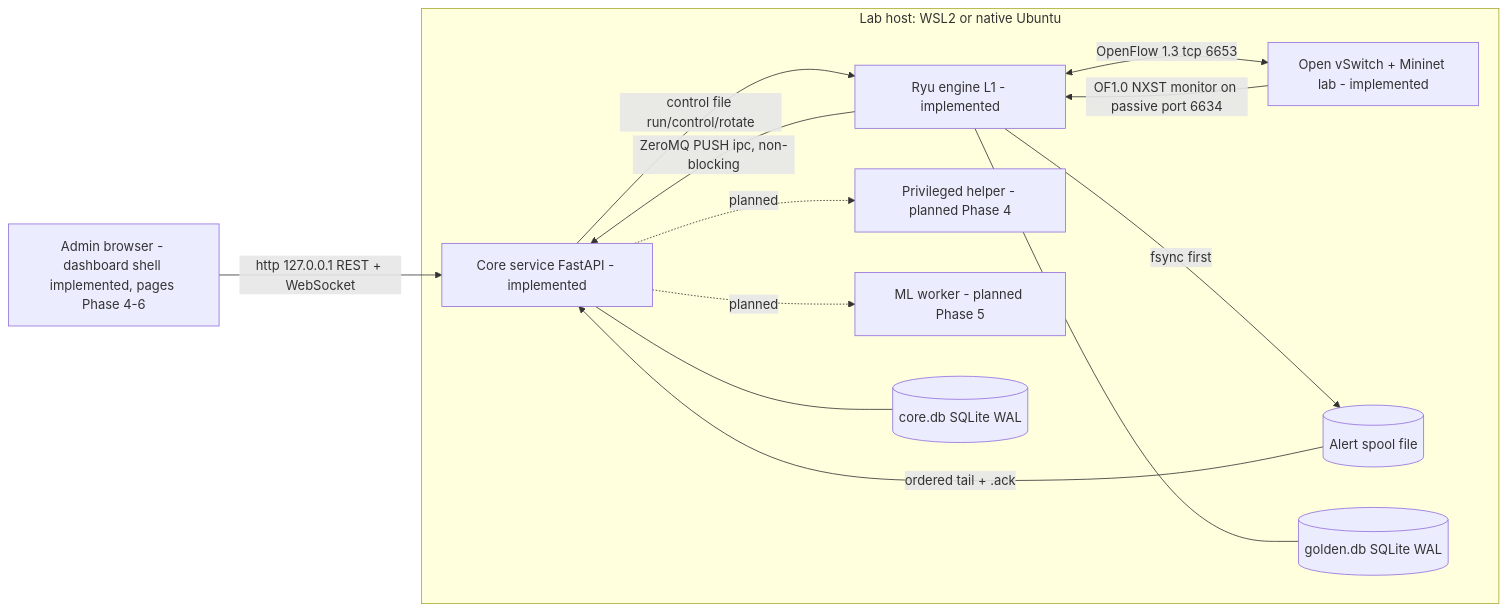
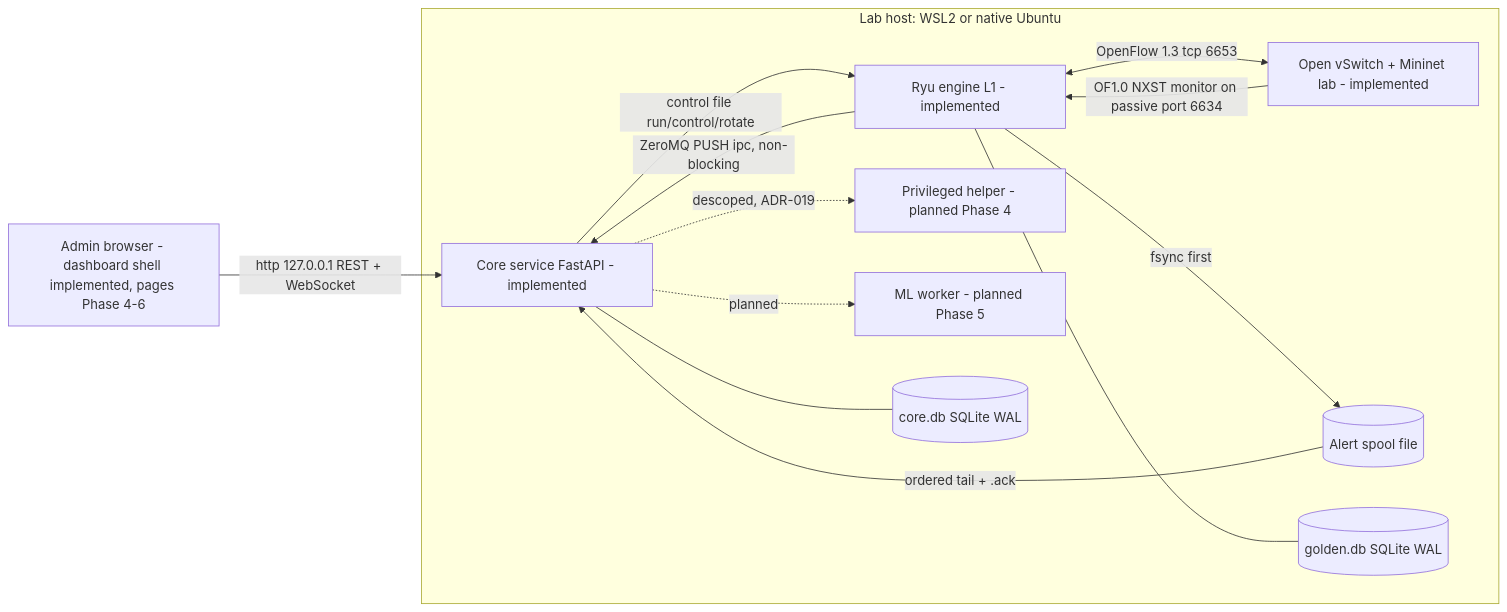
The first of 6 diagrams in ARCHITECTURE.md (RKG765/flowguard), drawn with Mermaid before and after one commit. The commit also changed other lines of this file and 53 other files, not shown here.

````diff
--- a/ARCHITECTURE.md
+++ b/ARCHITECTURE.md
@@ -39,24 +41,24 @@
 ```mermaid
 flowchart LR
   Admin[Admin browser - dashboard shell implemented, pages Phase 4-6] -->|http 127.0.0.1 REST + WebSocket| Core
   subgraph Host[Lab host: WSL2 or native Ubuntu]
     Core[Core service FastAPI - implemented]
     Engine[Ryu engine L1 - implemented]
     Helper[Privileged helper - planned Phase 4]
     ML[ML worker - planned Phase 5]
     OVS[Open vSwitch + Mininet lab - implemented]
     Spool[(Alert spool file)]
     CoreDB[(core.db SQLite WAL)]
     Golden[(golden.db SQLite WAL)]
   end
   Engine <-->|OpenFlow 1.3 tcp 6653| OVS
   OVS -->|OF1.0 NXST monitor on passive port 6634| Engine
   Engine --- Golden
   Engine -->|fsync first| Spool
   Engine -->|ZeroMQ PUSH ipc, non-blocking| Core
   Spool -->|ordered tail + .ack| Core
   Core --- CoreDB
   Core -->|control file run/control/rotate| Engine
-  Core -.->|planned| Helper
+  Core -.->|descoped, ADR-019| Helper
   Core -.->|planned| ML
 ```
````
